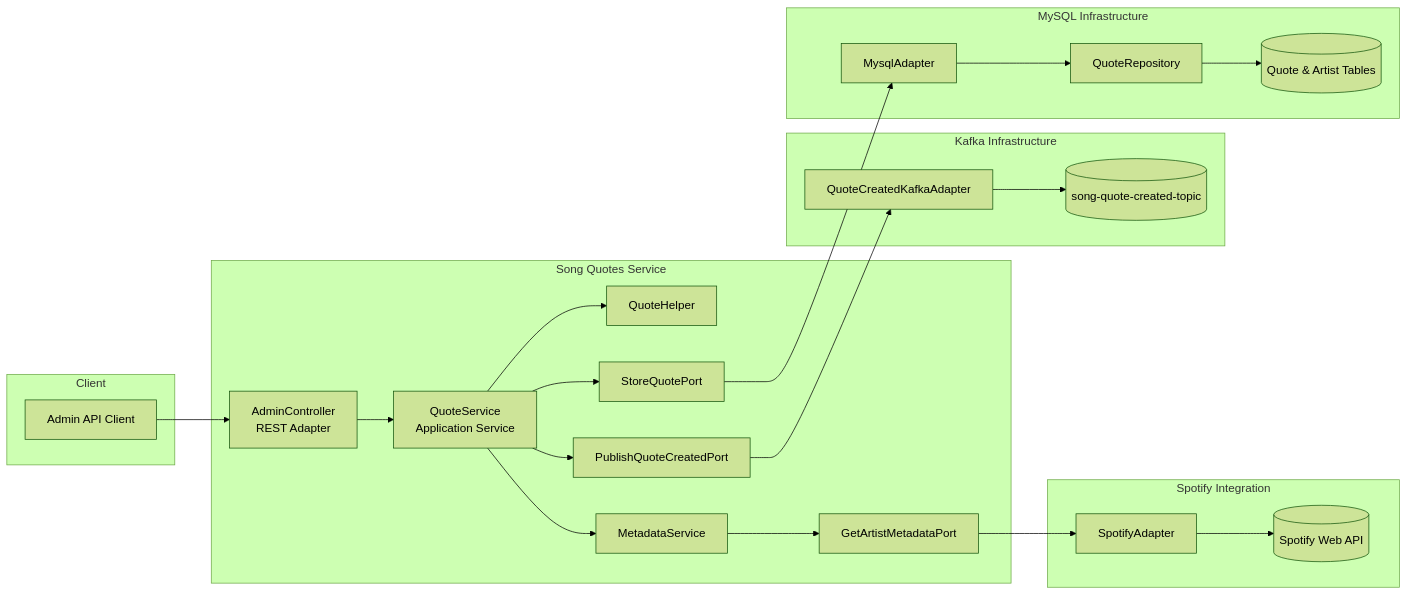
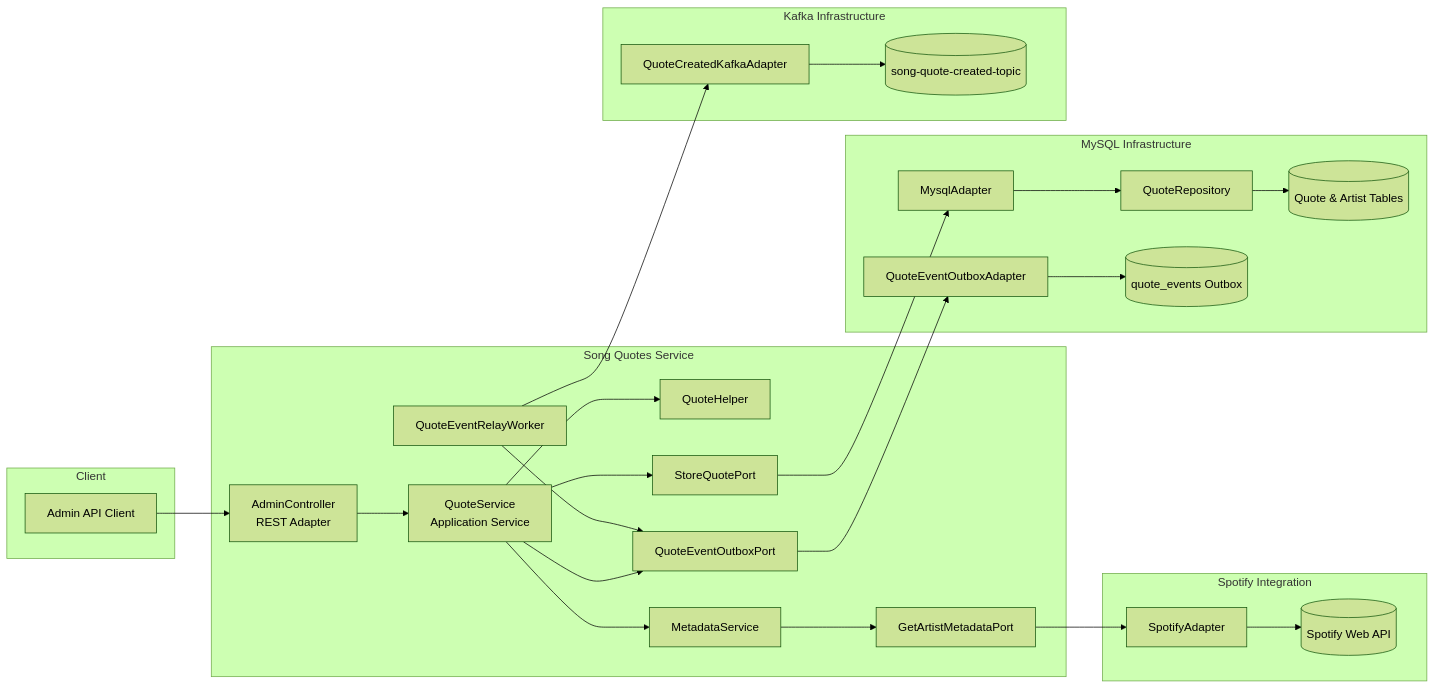
One commit to xavelo/song-quotes-service changed the first of 2 diagrams in doc/store-quote-use-case.md. Above: the diagram before and after it, drawn with Mermaid (forest theme). The commit also changed other lines of this file and 13 other files, not shown here.

Commit message:
Add quote event outbox and relay worker

````diff
--- a/doc/store-quote-use-case.md
+++ b/doc/store-quote-use-case.md
@@ -21,47 +21,53 @@
 ```mermaid
 flowchart LR
     subgraph Client
         admin[Admin API Client]
     end
 
     subgraph SongQuotesService[Song Quotes Service]
         controller[AdminController<br/>REST Adapter]
         service[QuoteService<br/>Application Service]
         helper[QuoteHelper]
         metadataSvc[MetadataService]
         portStore[StoreQuotePort]
-        portPublish[PublishQuoteCreatedPort]
+        portOutbox[QuoteEventOutboxPort]
         portMetadata[GetArtistMetadataPort]
+        worker[QuoteEventRelayWorker]
     end
 
     subgraph Persistence[MySQL Infrastructure]
         mysqlAdapter[MysqlAdapter]
         repo[QuoteRepository]
+        outboxAdapter[QuoteEventOutboxAdapter]
         db[(Quote & Artist Tables)]
+        outbox[(quote_events Outbox)]
     end
 
     subgraph Messaging[Kafka Infrastructure]
         kafkaAdapter[QuoteCreatedKafkaAdapter]
         kafka[(song-quote-created-topic)]
     end
 
     subgraph Spotify[Spotify Integration]
         spotifyAdapter[SpotifyAdapter]
         spotifyApi[(Spotify Web API)]
     end
 
     admin --> controller
     controller --> service
     service --> helper
     service --> metadataSvc
     metadataSvc --> portMetadata
     portMetadata --> spotifyAdapter
     spotifyAdapter --> spotifyApi
     service --> portStore
     portStore --> mysqlAdapter
     mysqlAdapter --> repo
     repo --> db
-    service --> portPublish
-    portPublish --> kafkaAdapter
+    service --> portOutbox
+    portOutbox --> outboxAdapter
+    outboxAdapter --> outbox
+    worker --> portOutbox
+    worker --> kafkaAdapter
     kafkaAdapter --> kafka
 ```
````
